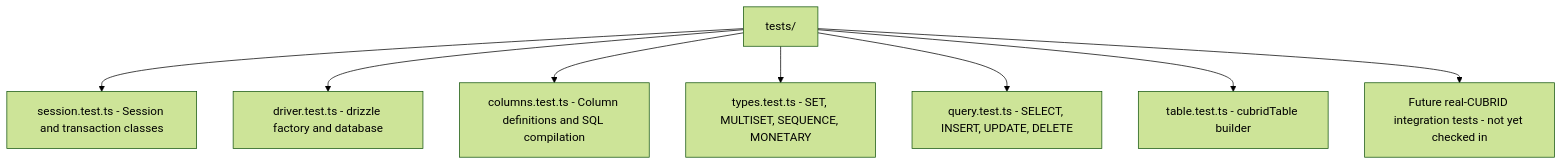
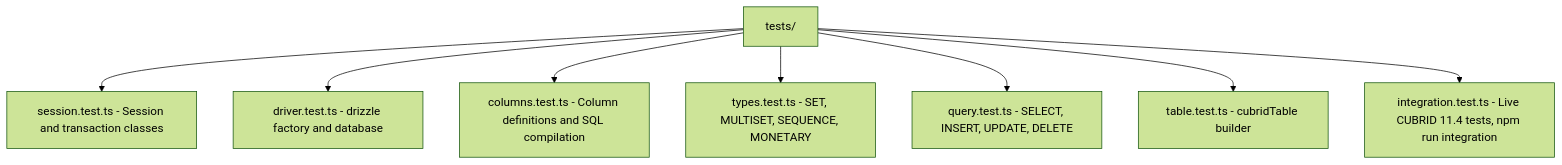
One commit to cubrid-lab/drizzle-cubrid changed the third of 3 diagrams in AGENTS.md. Above: the diagram before and after it, drawn with Mermaid (forest theme). The commit also changed 11 other files, not shown here.

````diff
--- a/AGENTS.md
+++ b/AGENTS.md
@@ -202,10 +202,10 @@
 ```mermaid
 flowchart TD
     A[tests/] --> B[session.test.ts - Session and transaction classes]
     A --> C[driver.test.ts - drizzle factory and database]
     A --> D[columns.test.ts - Column definitions and SQL compilation]
     A --> E[types.test.ts - SET, MULTISET, SEQUENCE, MONETARY]
     A --> F[query.test.ts - SELECT, INSERT, UPDATE, DELETE]
     A --> G[table.test.ts - cubridTable builder]
-    A --> H[Future real-CUBRID integration tests - not yet checked in]
+    A --> H[integration.test.ts - Live CUBRID 11.4 tests, npm run integration]
 ```
````
